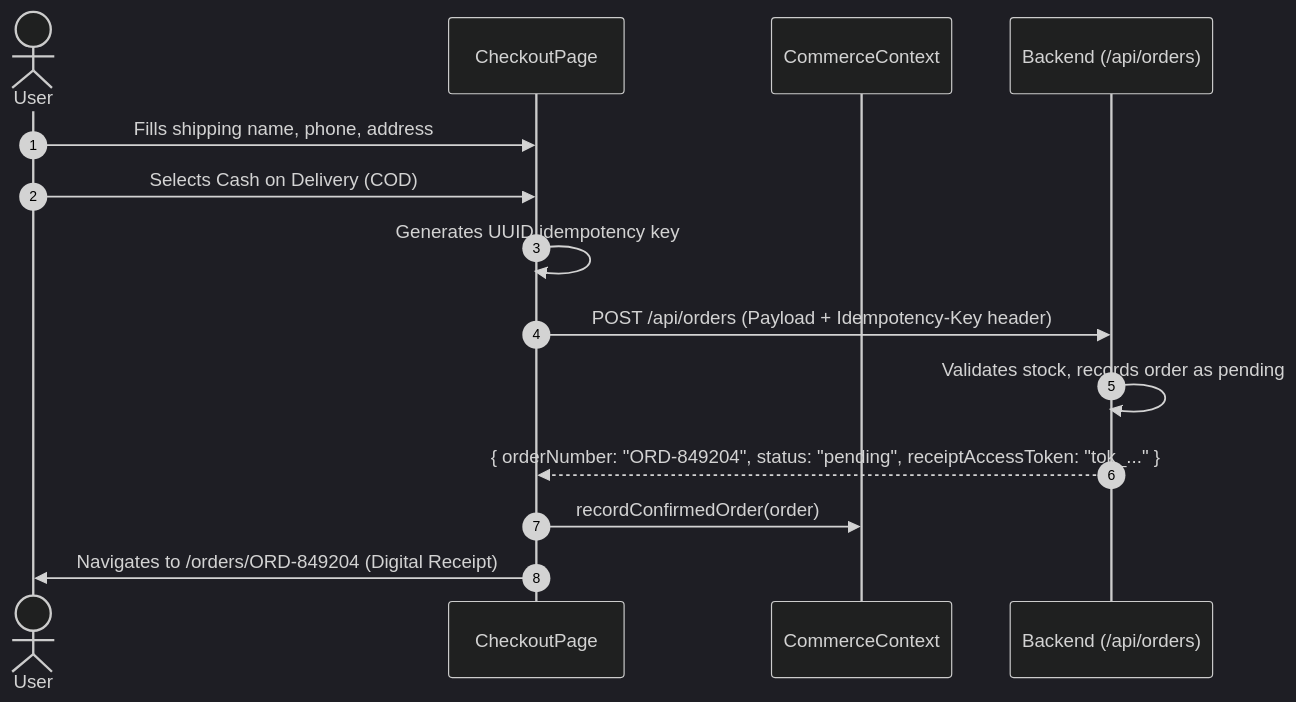
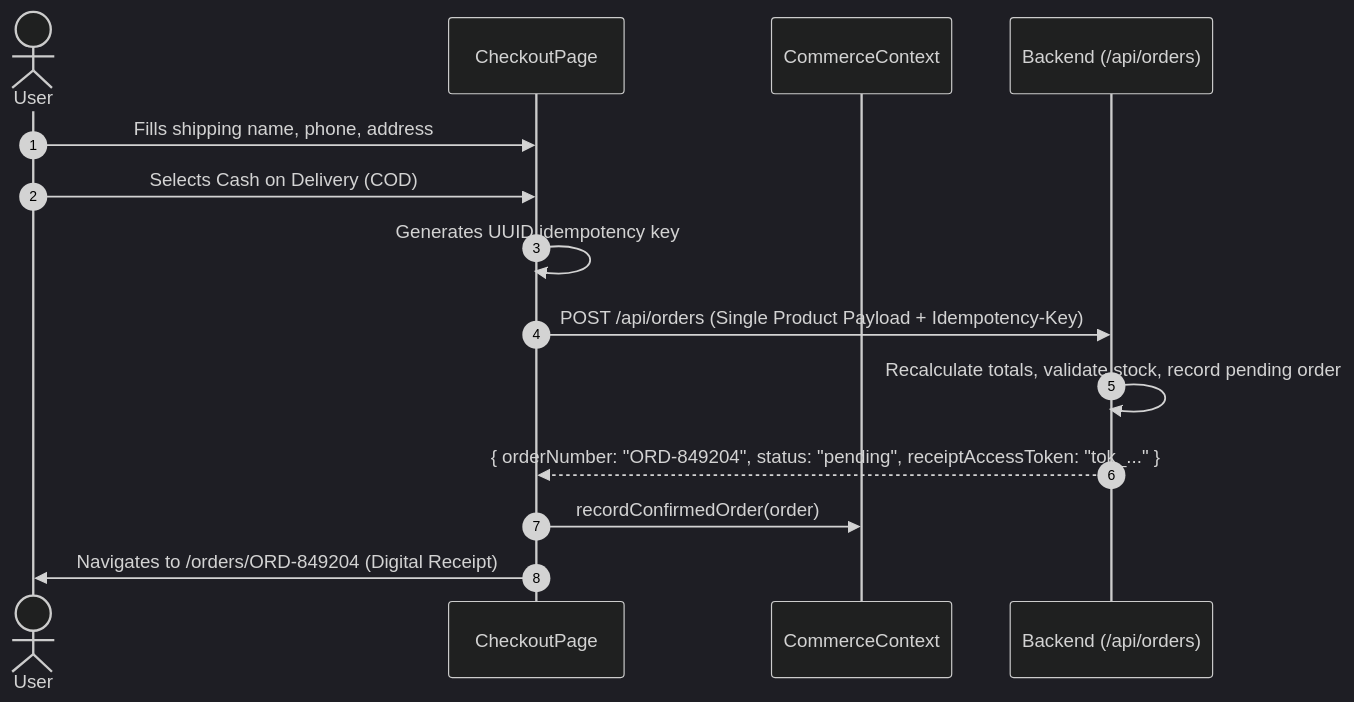
Before and after one commit to gamalwessam21/TryOnStudio: the sixth of 11 diagrams in README.md, drawn with Mermaid (dark theme). The commit also changed other lines of this file, not shown here.

Commit message:
docs: align README with authoritative backend Swagger specification

````diff
--- a/README.md
+++ b/README.md
@@ -384,17 +391,17 @@
 ```mermaid
 sequenceDiagram
     autonumber
     actor User
     participant Page as CheckoutPage
     participant CommCtx as CommerceContext
     participant Backend as Backend (/api/orders)
 
     User->>Page: Fills shipping name, phone, address
     User->>Page: Selects Cash on Delivery (COD)
     Page->>Page: Generates UUID idempotency key
-    Page->>Backend: POST /api/orders (Payload + Idempotency-Key header)
-    Backend->>Backend: Validates stock, records order as pending
+    Page->>Backend: POST /api/orders (Single Product Payload + Idempotency-Key)
+    Backend->>Backend: Recalculate totals, validate stock, record pending order
     Backend-->>Page: { orderNumber: "ORD-849204", status: "pending", receiptAccessToken: "tok_..." }
     Page->>CommCtx: recordConfirmedOrder(order)
     Page->>User: Navigates to /orders/ORD-849204 (Digital Receipt)
 ```
````
